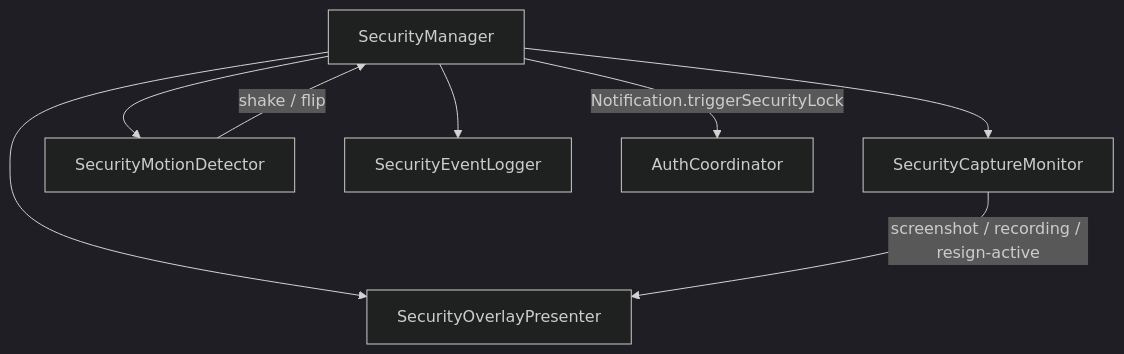
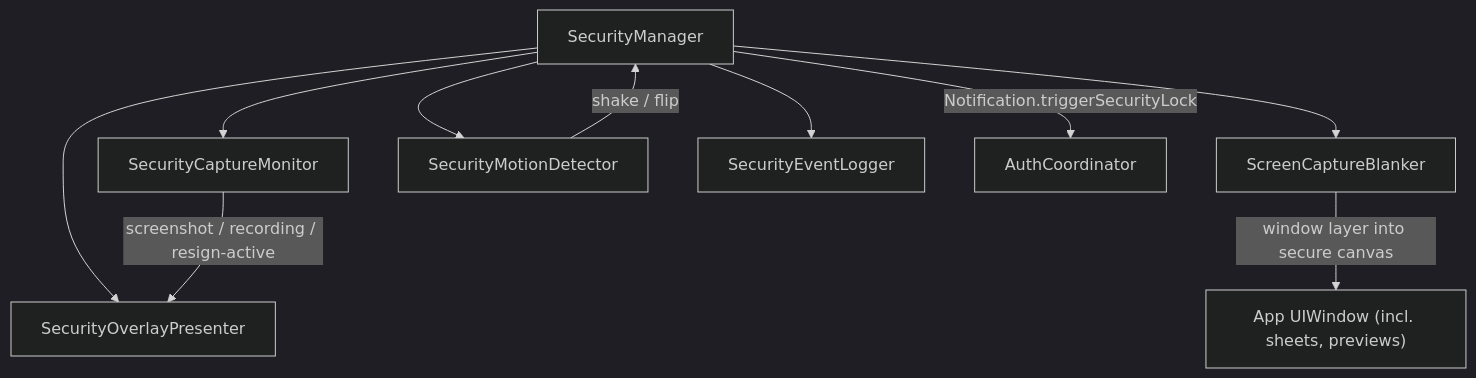
One commit to haresh14/file-vault changed the eighth of 10 diagrams in docs/COMPONENT_GRAPH.md. Above: the diagram before and after it, drawn with Mermaid (dark theme). The commit also changed 11 other files, not shown here.

````diff
--- a/docs/COMPONENT_GRAPH.md
+++ b/docs/COMPONENT_GRAPH.md
@@ -256,10 +256,12 @@
 ```mermaid
 flowchart TB
     SecurityManager --> Capture["SecurityCaptureMonitor"]
     SecurityManager --> Overlay["SecurityOverlayPresenter"]
+    SecurityManager --> Blanking["ScreenCaptureBlanker"]
+    Blanking -->|"window layer into secure canvas"| Window["App UIWindow (incl. sheets, previews)"]
     SecurityManager --> Motion["SecurityMotionDetector"]
     SecurityManager --> Logger["SecurityEventLogger"]
     Capture -->|"screenshot / recording / resign-active"| Overlay
     Motion -->|"shake / flip"| SecurityManager
     SecurityManager -->|"Notification.triggerSecurityLock"| AuthCoordinator
 ```
````
